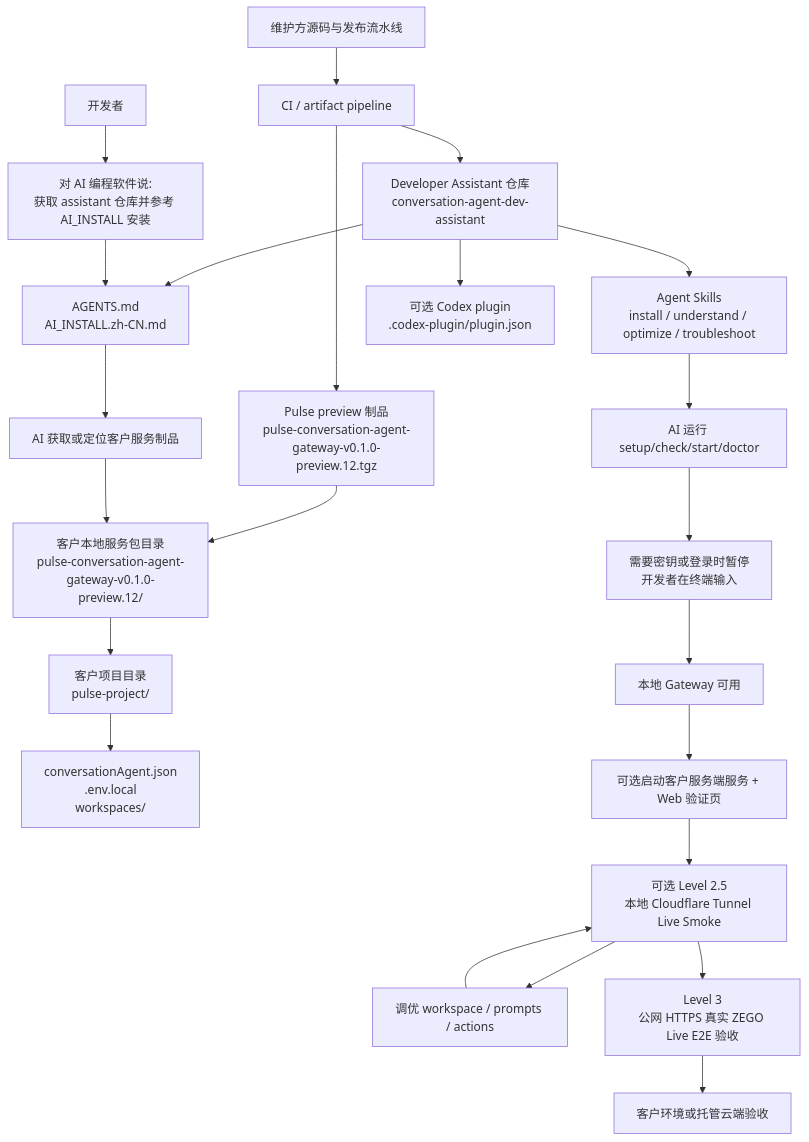
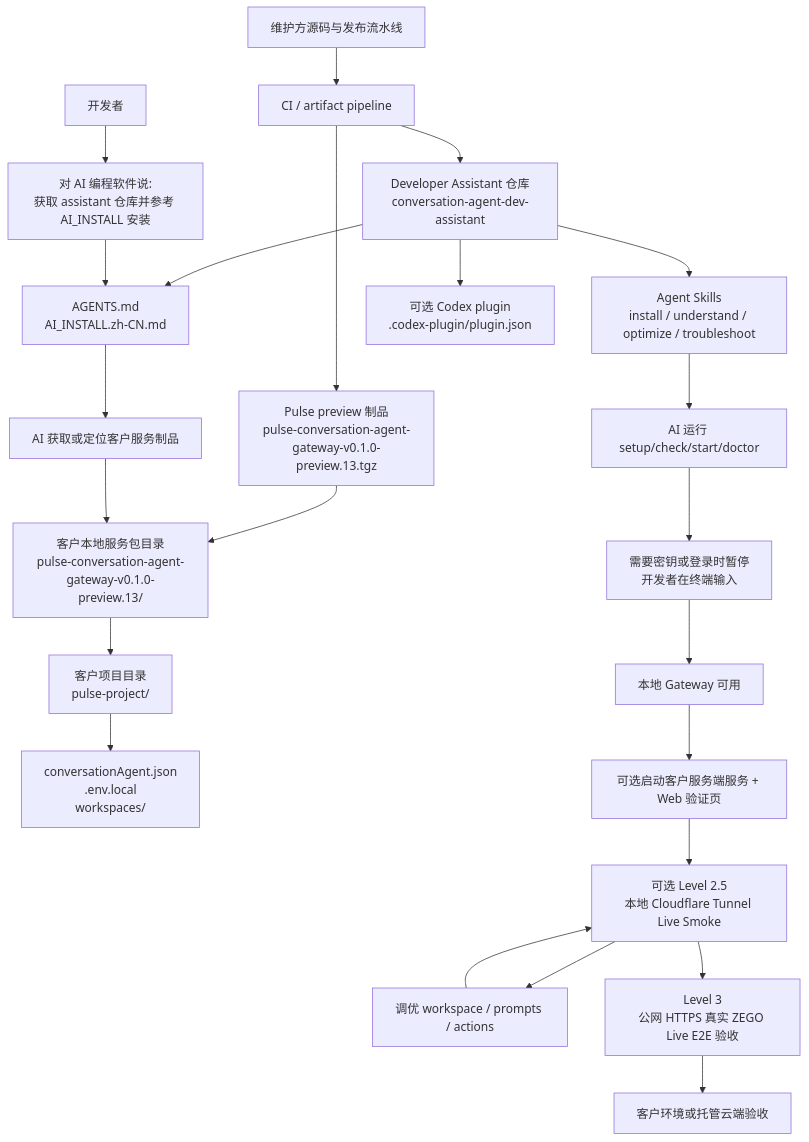
One commit to ZEGOCLOUD/conversation-agent-dev-assistant changed the diagram in README.zh-CN.md. Above: the diagram before and after it, drawn with Mermaid. The commit also changed other lines of this file and 3 other files, not shown here.

Commit message:
docs: use pulse preview 13

````diff
--- a/README.zh-CN.md
+++ b/README.zh-CN.md
@@ -16,28 +16,28 @@
 ```mermaid
 flowchart TD
   A["维护方源码与发布流水线"] --> B["CI / artifact pipeline"]
-  B --> C["Pulse preview 制品<br/>pulse-conversation-agent-gateway-v0.1.0-preview.12.tgz"]
+  B --> C["Pulse preview 制品<br/>pulse-conversation-agent-gateway-v0.1.0-preview.13.tgz"]
   B --> D["Developer Assistant 仓库<br/>conversation-agent-dev-assistant"]
 
-  C --> E["客户本地服务包目录<br/>pulse-conversation-agent-gateway-v0.1.0-preview.12/"]
+  C --> E["客户本地服务包目录<br/>pulse-conversation-agent-gateway-v0.1.0-preview.13/"]
   E --> F["客户项目目录<br/>pulse-project/"]
   F --> G["conversationAgent.json<br/>.env.local<br/>workspaces/"]
 
   D --> H["AGENTS.md<br/>AI_INSTALL.zh-CN.md"]
   D --> I["Agent Skills<br/>install / understand / optimize / troubleshoot"]
   D --> J["可选 Codex plugin<br/>.codex-plugin/plugin.json"]
 
   K["开发者"] --> L["对 AI 编程软件说:<br/>获取 assistant 仓库并参考 AI_INSTALL 安装"]
   L --> H
   H --> M["AI 获取或定位客户服务制品"]
   M --> E
   I --> N["AI 运行 setup/check/start/doctor"]
   N --> O["需要密钥或登录时暂停<br/>开发者在终端输入"]
   O --> P["本地 Gateway 可用"]
   P --> Q["可选启动客户服务端服务 + Web 验证页"]
   Q --> R["可选 Level 2.5<br/>本地 Cloudflare Tunnel Live Smoke"]
   R --> S["调优 workspace / prompts / actions"]
   S --> R
   R --> T["Level 3<br/>公网 HTTPS 真实 ZEGO Live E2E 验收"]
   T --> U["客户环境或托管云端验收"]
 ```
````
